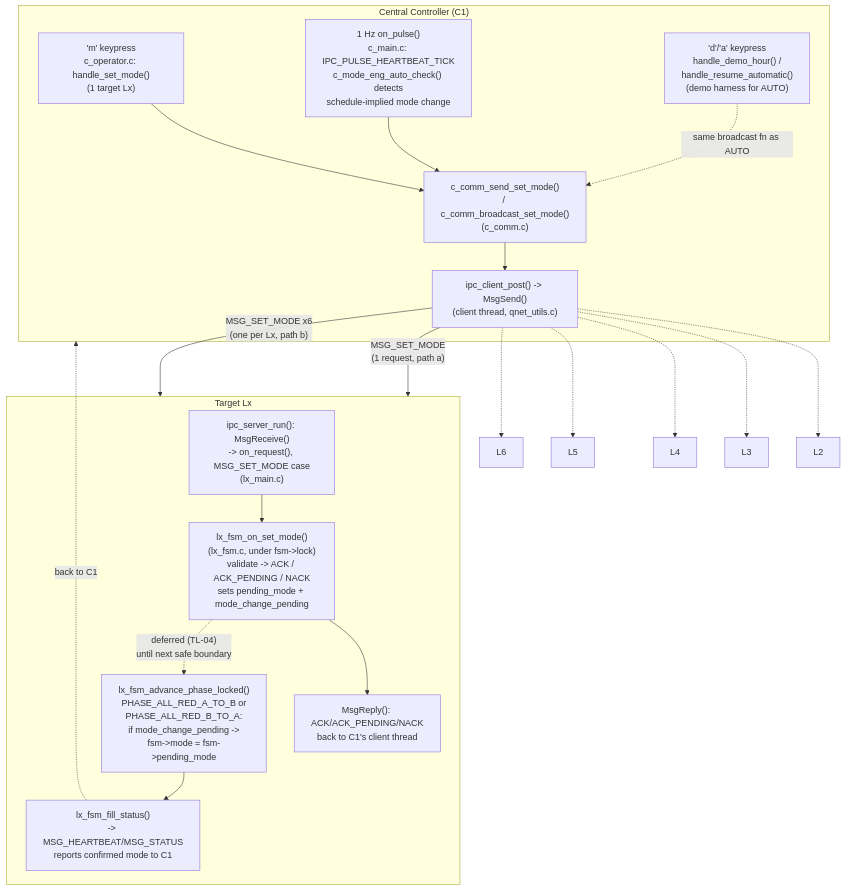
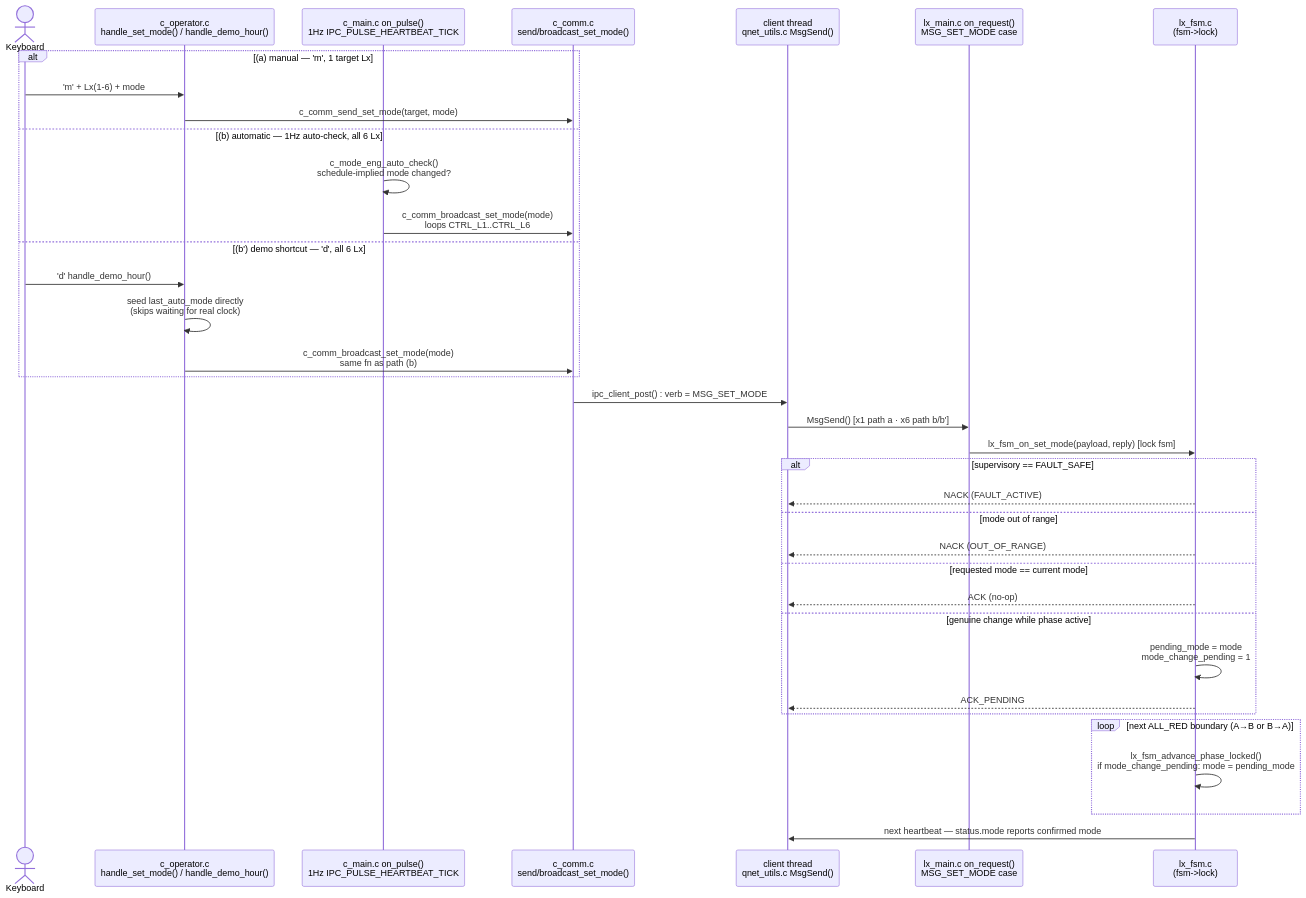
One commit to lucietran03/traffic-control-system changed the diagram in docs/flow-diagrams/UC-07-configure-mode.md. Above: the diagram before and after it, drawn with Mermaid. The commit also changed other lines of this file and 22 other files, not shown here.

First line of the commit message:
Restyle flow-diagram docs: diagram-first, minimal prose

````diff
--- a/docs/flow-diagrams/UC-07-configure-mode.md
+++ b/docs/flow-diagrams/UC-07-configure-mode.md
@@ -199,32 +7,42 @@
 ```mermaid
-flowchart TD
-    subgraph C1["Central Controller (C1)"]
-        OP["'m' keypress\nc_operator.c: handle_set_mode()\n(1 target Lx)"]
-        AUTO["1 Hz on_pulse()\nc_main.c: IPC_PULSE_HEARTBEAT_TICK\nc_mode_eng_auto_check() detects\nschedule-implied mode change"]
-        DEMO["'d'/'a' keypress\nhandle_demo_hour() /\nhandle_resume_automatic()\n(demo harness for AUTO)"]
-        SEND["c_comm_send_set_mode()\n/ c_comm_broadcast_set_mode()\n(c_comm.c)"]
-        POST["ipc_client_post() -> MsgSend()\n(client thread, qnet_utils.c)"]
+sequenceDiagram
+    actor Kbd as Keyboard
+    participant Op as c_operator.c<br/>handle_set_mode() / handle_demo_hour()
+    participant Pulse as c_main.c on_pulse()<br/>1Hz IPC_PULSE_HEARTBEAT_TICK
+    participant Comm as c_comm.c<br/>send/broadcast_set_mode()
+    participant Client as client thread<br/>qnet_utils.c MsgSend()
+    participant Lx as lx_main.c on_request()<br/>MSG_SET_MODE case
+    participant FSM as lx_fsm.c<br/>(fsm->lock)
+
+    alt (a) manual — 'm', 1 target Lx
+        Kbd->>Op: 'm' + Lx(1-6) + mode
+        Op->>Comm: c_comm_send_set_mode(target, mode)
+    else (b) automatic — 1Hz auto-check, all 6 Lx
+        Pulse->>Pulse: c_mode_eng_auto_check()<br/>schedule-implied mode changed?
+        Pulse->>Comm: c_comm_broadcast_set_mode(mode)<br/>loops CTRL_L1..CTRL_L6
+    else (b') demo shortcut — 'd', all 6 Lx
+        Kbd->>Op: 'd' handle_demo_hour()
+        Op->>Op: seed last_auto_mode directly<br/>(skips waiting for real clock)
+        Op->>Comm: c_comm_broadcast_set_mode(mode)<br/>same fn as path (b)
     end
 
-    OP --> SEND
-    AUTO --> SEND
-    DEMO -. "same broadcast fn as AUTO" .-> SEND
-    SEND --> POST
+    Comm->>Client: ipc_client_post() : verb = MSG_SET_MODE
+    Client->>Lx: MsgSend() [x1 path a · x6 path b/b']
 
-    POST -- "MSG_SET_MODE\n(1 request, path a)" --> L1
-    POST -- "MSG_SET_MODE x6\n(one per Lx, path b)" --> L1
-    POST -.-> L2 & L3 & L4 & L5 & L6
-
-    subgraph L1["Target Lx"]
-        RECV["ipc_server_run(): MsgReceive()\n-> on_request(), MSG_SET_MODE case\n(lx_main.c)"]
-        FSM["lx_fsm_on_set_mode()\n(lx_fsm.c, under fsm->lock)\nvalidate -> ACK / ACK_PENDING / NACK\nsets pending_mode + mode_change_pending"]
-        REPLY["MsgReply(): ACK/ACK_PENDING/NACK\nback to C1's client thread"]
-        BOUNDARY["lx_fsm_advance_phase_locked()\nPHASE_ALL_RED_A_TO_B or\nPHASE_ALL_RED_B_TO_A:\nif mode_change_pending ->\nfsm->mode = fsm->pending_mode"]
-        STATUS["lx_fsm_fill_status()\n-> MSG_HEARTBEAT/MSG_STATUS\nreports confirmed mode to C1"]
+    Lx->>FSM: lx_fsm_on_set_mode(payload, reply) [lock fsm]
+    alt supervisory == FAULT_SAFE
+        FSM-->>Client: NACK (FAULT_ACTIVE)
+    else mode out of range
+        FSM-->>Client: NACK (OUT_OF_RANGE)
+    else requested mode == current mode
+        FSM-->>Client: ACK (no-op)
+    else genuine change while phase active
+        FSM->>FSM: pending_mode = mode<br/>mode_change_pending = 1
+        FSM-->>Client: ACK_PENDING
     end
 
-    RECV --> FSM --> REPLY
-    FSM -. "deferred (TL-04)\nuntil next safe boundary" .-> BOUNDARY
-    BOUNDARY --> STATUS
-    STATUS -. "back to C1" .-> C1
+    loop next ALL_RED boundary (A→B or B→A)
+        FSM->>FSM: lx_fsm_advance_phase_locked()<br/>if mode_change_pending: mode = pending_mode
+    end
+    FSM->>Client: next heartbeat — status.mode reports confirmed mode
 ```
````
